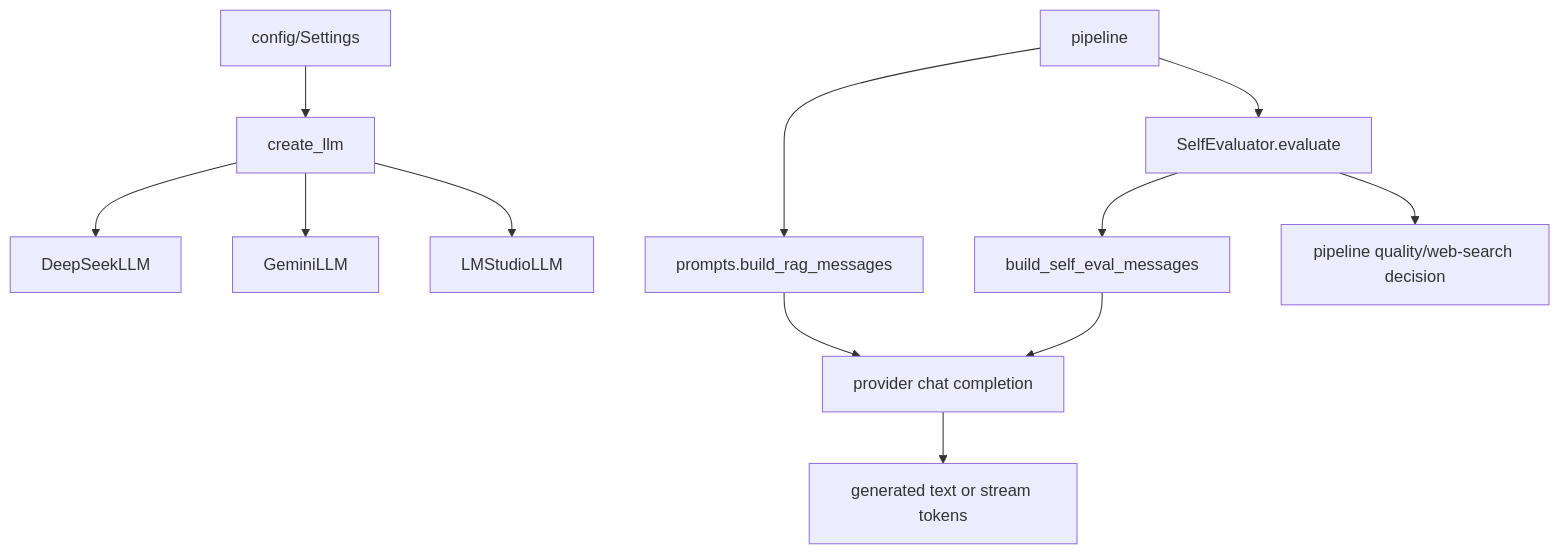
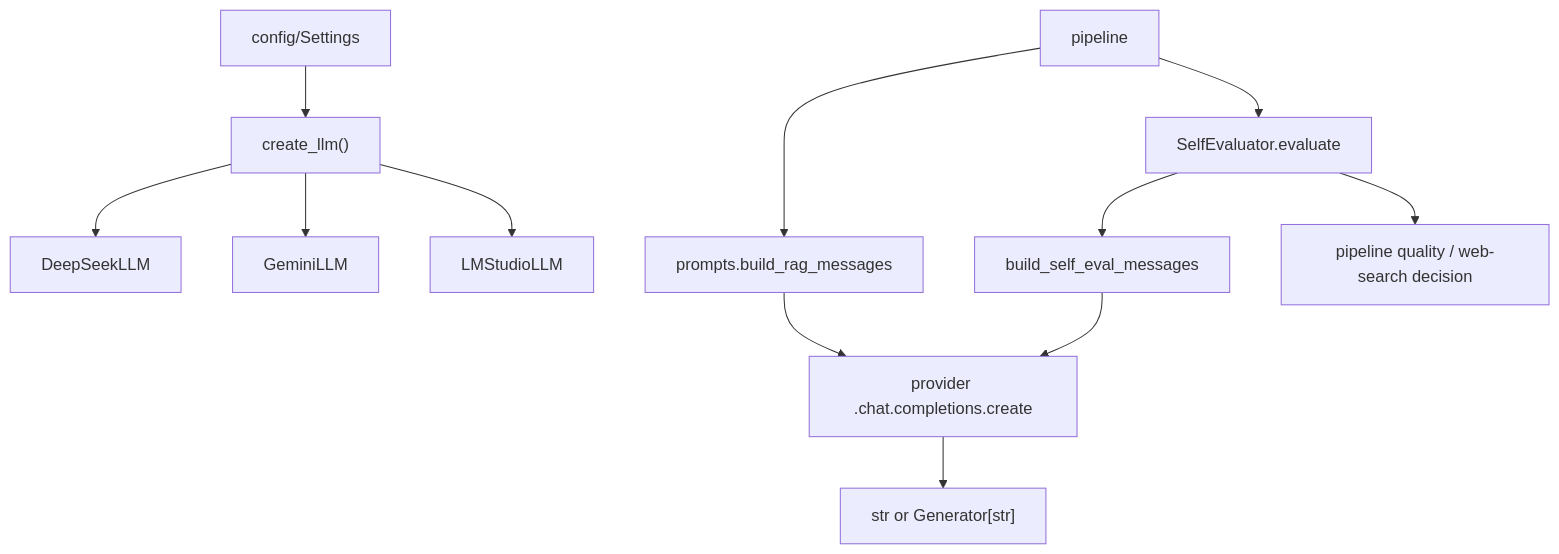
Before and after one commit to hoainam183/GR: the diagram in src/RAG_v2/llm/MODULE.md, drawn with Mermaid. The commit also changed other lines of this file and 38 other files, not shown here.

````diff
--- a/src/RAG_v2/llm/MODULE.md
+++ b/src/RAG_v2/llm/MODULE.md
@@ -116,14 +228,14 @@
 ```mermaid
 flowchart TD
-  Settings["config/Settings"] --> Factory["create_llm"]
+  Settings["config/Settings"] --> Factory["create_llm()"]
   Factory --> DeepSeek["DeepSeekLLM"]
   Factory --> Gemini["GeminiLLM"]
   Factory --> LMStudio["LMStudioLLM"]
   Pipeline["pipeline"] --> Prompt["prompts.build_rag_messages"]
-  Prompt --> Provider["provider chat completion"]
-  Provider --> Answer["generated text or stream tokens"]
+  Prompt --> Provider["provider .chat.completions.create"]
+  Provider --> Answer["str or Generator[str]"]
   Pipeline --> SelfEval["SelfEvaluator.evaluate"]
   SelfEval --> EvalPrompt["build_self_eval_messages"]
   EvalPrompt --> Provider
-  SelfEval --> QualityGate["pipeline quality/web-search decision"]
+  SelfEval --> QualityGate["pipeline quality / web-search decision"]
 ```
````
